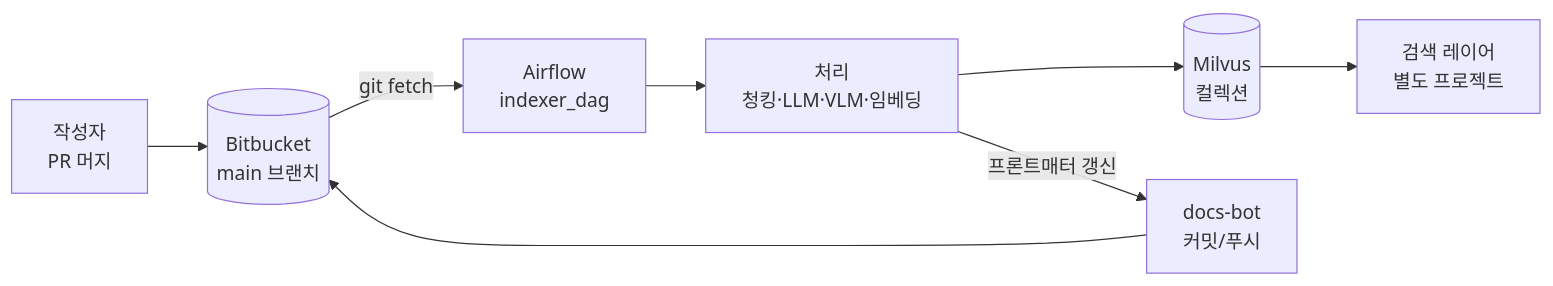
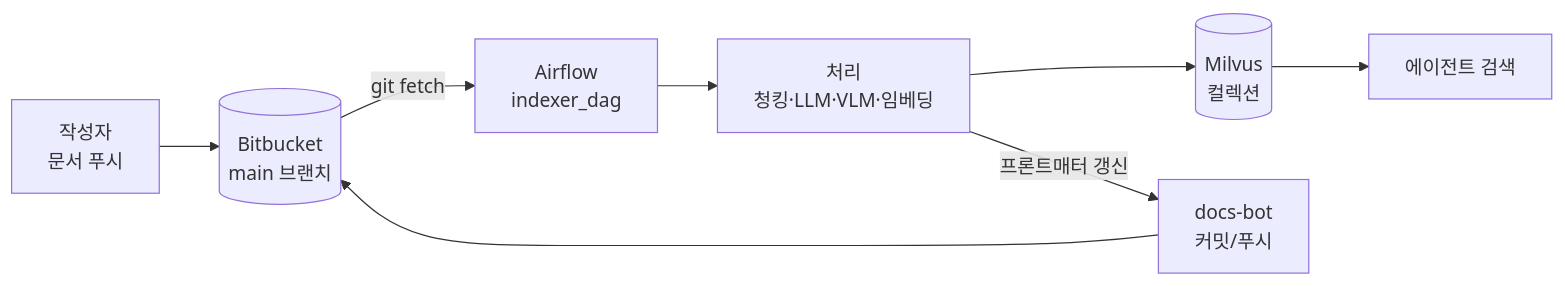
The diagram in README.md (thahiti/git-base-markdown-pipeline), drawn with Mermaid before and after one commit. The commit also changed other lines of this file, not shown here.

````diff
--- a/README.md
+++ b/README.md
@@ -18,10 +19,10 @@
 ```mermaid
 flowchart LR
-    U[작성자<br/>PR 머지] --> R[(Bitbucket<br/>main 브랜치)]
+    U[작성자<br/>문서 푸시] --> R[(Bitbucket<br/>main 브랜치)]
     R -- git fetch --> A[Airflow<br/>indexer_dag]
     A --> P[처리<br/>청킹·LLM·VLM·임베딩]
     P --> M[(Milvus<br/>컬렉션)]
     P -- 프론트매터 갱신 --> B[docs-bot<br/>커밋/푸시]
     B --> R
-    M --> S[검색 레이어<br/>별도 프로젝트]
+    M --> S[에이전트 검색]
 ```
````
